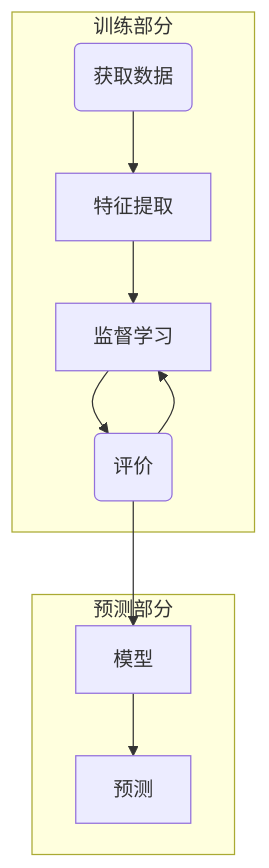
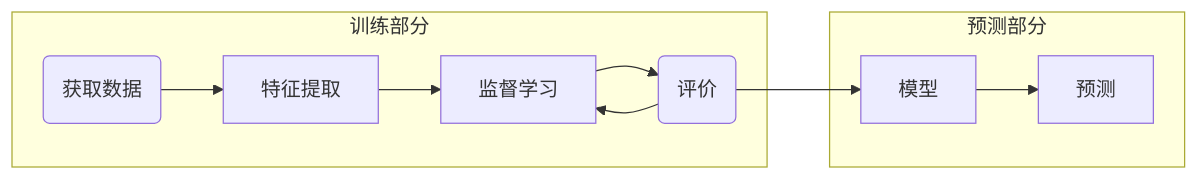
Before and after one commit to Hedge36/Python-code: the first of 2 diagrams in Reading/机器学习算法实例/machine-learning.md, drawn with Mermaid. The commit also changed other lines of this file and 287 other files, not shown here.

```diff
--- a/Reading/机器学习算法实例/machine-learning.md
+++ b/Reading/机器学习算法实例/machine-learning.md
@@ -71,9 +71,9 @@
 ~~~mermaid
-graph 
+graph  LR
 	subgraph ide1 [训练部分]
 	A(获取数据) --> B[特征提取] --> C[监督学习] --> D(评价) --> C
 	end
 	subgraph 预测部分
 	D --> E[模型] --> F[预测]
 	end
 ~~~
```
